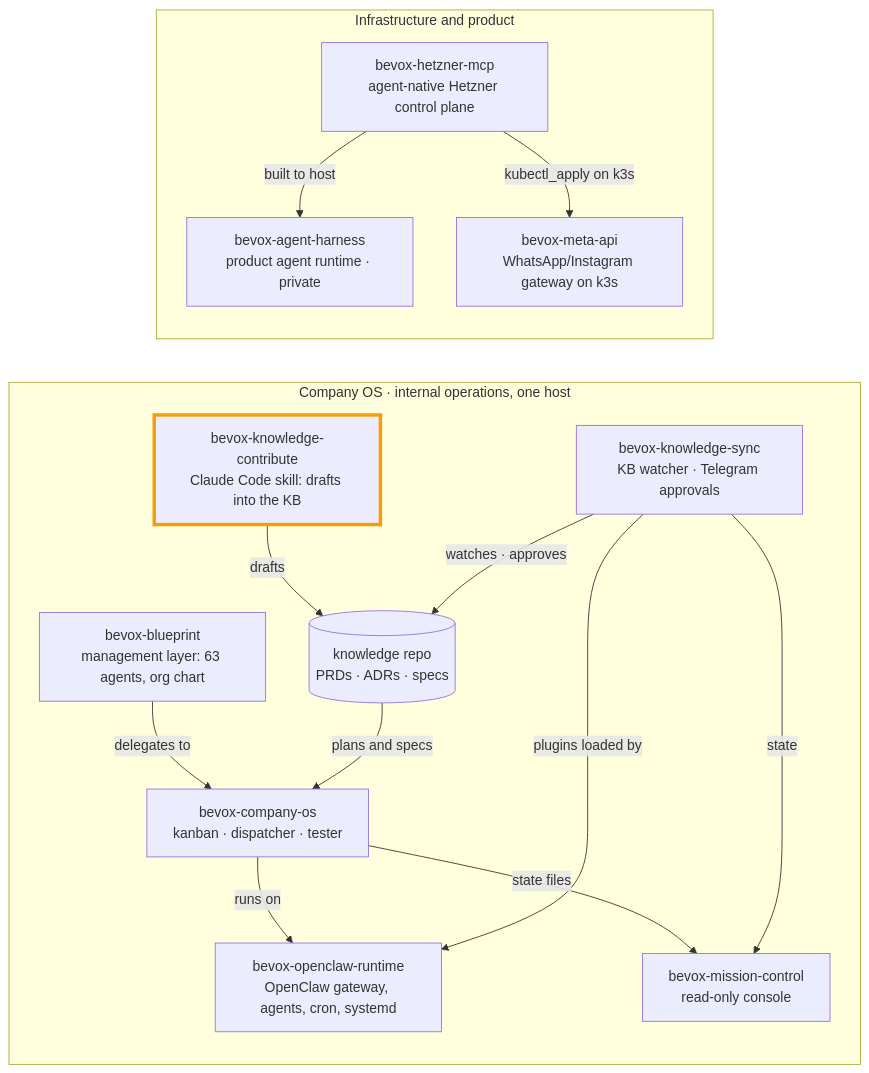
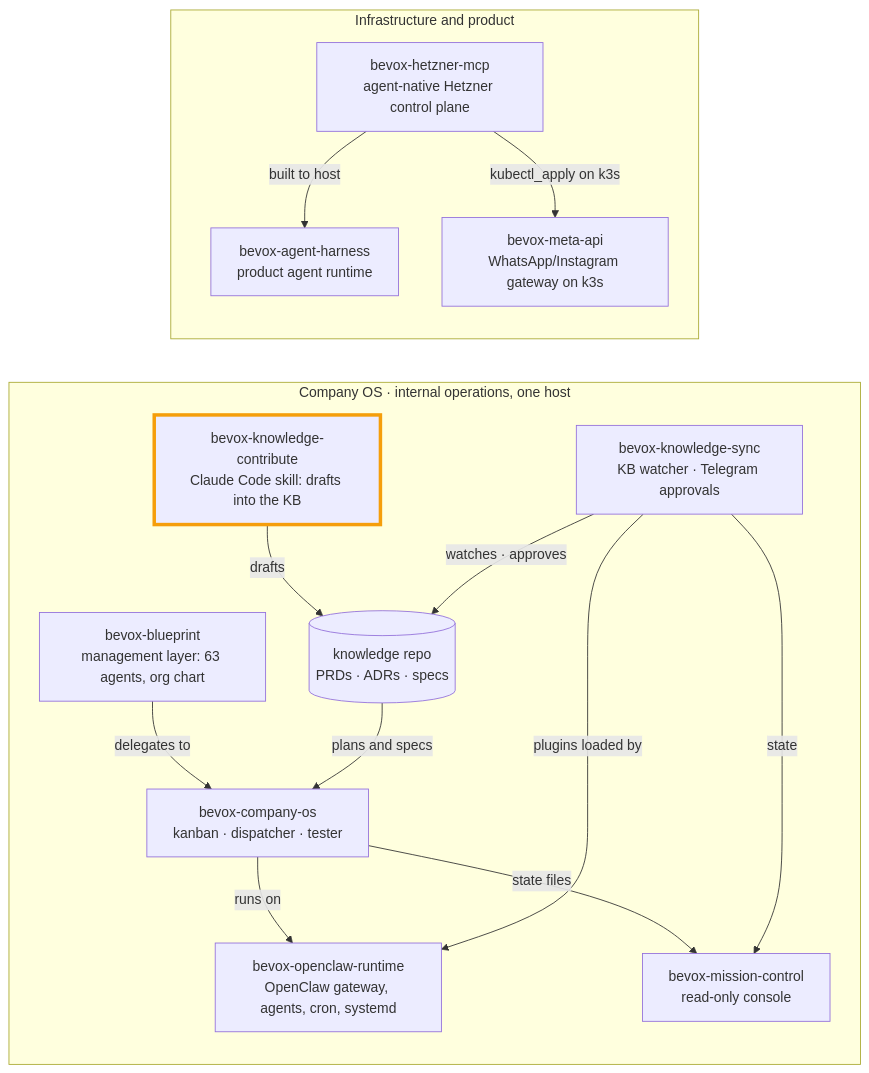
One commit to bernardTavares/bevox-knowledge-contribute changed the diagram in README.md. Above: the diagram before and after it, drawn with Mermaid. The commit also changed other lines of this file, not shown here.

Commit message:
docs: link bevox-agent-harness (now public) in the repo map
Claude-Session: https://claude.ai/code/session_01Qj817cr8c8u4ecWaCmkuX1

````diff
--- a/README.md
+++ b/README.md
@@ -108,31 +108,31 @@
 ```mermaid
 flowchart LR
   subgraph OPS["Company OS · internal operations, one host"]
     direction TB
     BP["bevox-blueprint<br/>management layer: 63 agents, org chart"]
     RT["bevox-openclaw-runtime<br/>OpenClaw gateway, agents, cron, systemd"]
     COS["bevox-company-os<br/>kanban · dispatcher · tester"]
     MC["bevox-mission-control<br/>read-only console"]
     KS["bevox-knowledge-sync<br/>KB watcher · Telegram approvals"]
     KC["bevox-knowledge-contribute<br/>Claude Code skill: drafts into the KB"]
     KB[("knowledge repo<br/>PRDs · ADRs · specs")]
   end
   subgraph INFRA["Infrastructure and product"]
     direction TB
     HZ["bevox-hetzner-mcp<br/>agent-native Hetzner control plane"]
-    H["bevox-agent-harness<br/>product agent runtime · private"]
+    H["bevox-agent-harness<br/>product agent runtime"]
     MA["bevox-meta-api<br/>WhatsApp/Instagram gateway on k3s"]
   end
   BP -->|delegates to| COS
   COS -->|runs on| RT
   KS -->|plugins loaded by| RT
   KC -->|drafts| KB
   KS -->|watches · approves| KB
   KB -->|plans and specs| COS
   COS -->|state files| MC
   KS -->|state| MC
   HZ -->|built to host| H
   HZ -->|kubectl_apply on k3s| MA
   classDef here stroke:#f59e0b,stroke-width:4px
   class KC here
 ```
````
